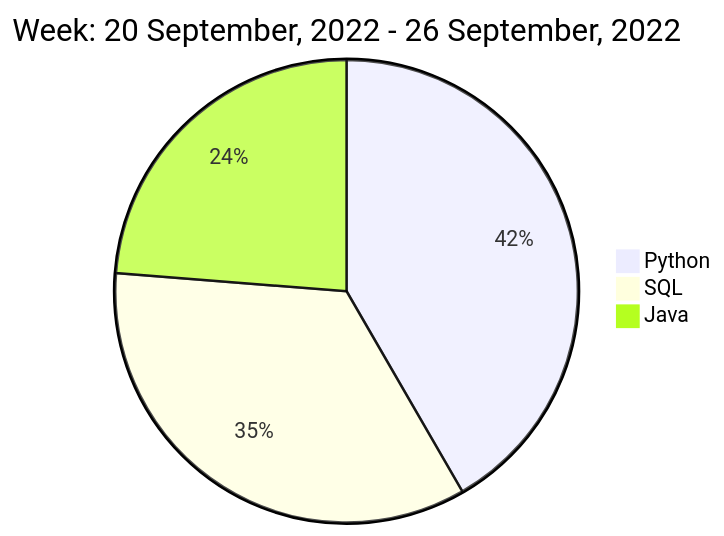
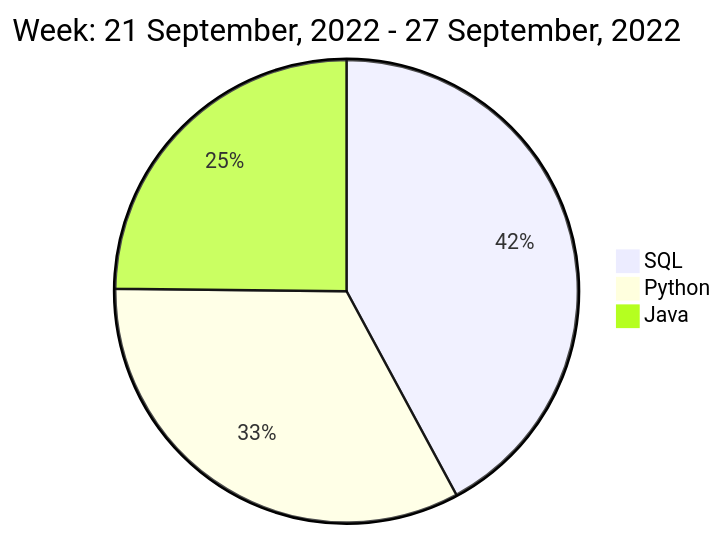
One commit to liubin95/liubin95 changed the diagram in README.md. Above: the diagram before and after it, drawn with Mermaid.

Commit message:
Updated the Graph with new Metrics

````diff
--- a/README.md
+++ b/README.md
@@ -40,7 +40,7 @@
 ```mermaid
  pie
-title Week: 20 September, 2022 - 26 September, 2022
- "Python" : 3.07
- "SQL" : 2.55
+title Week: 21 September, 2022 - 27 September, 2022
+ "SQL" : 2.97
+ "Python" : 2.33
  "Java" : 1.75
 ```
````
